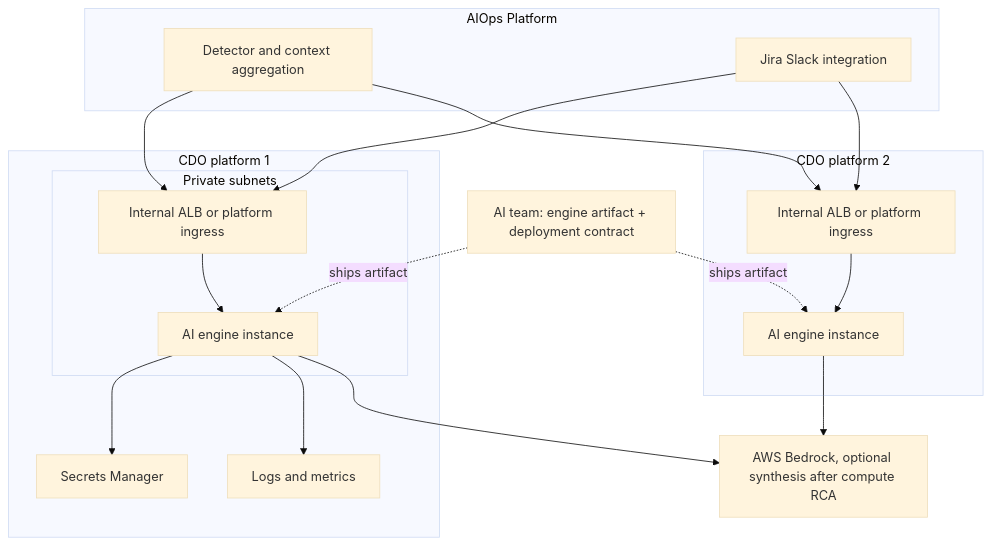
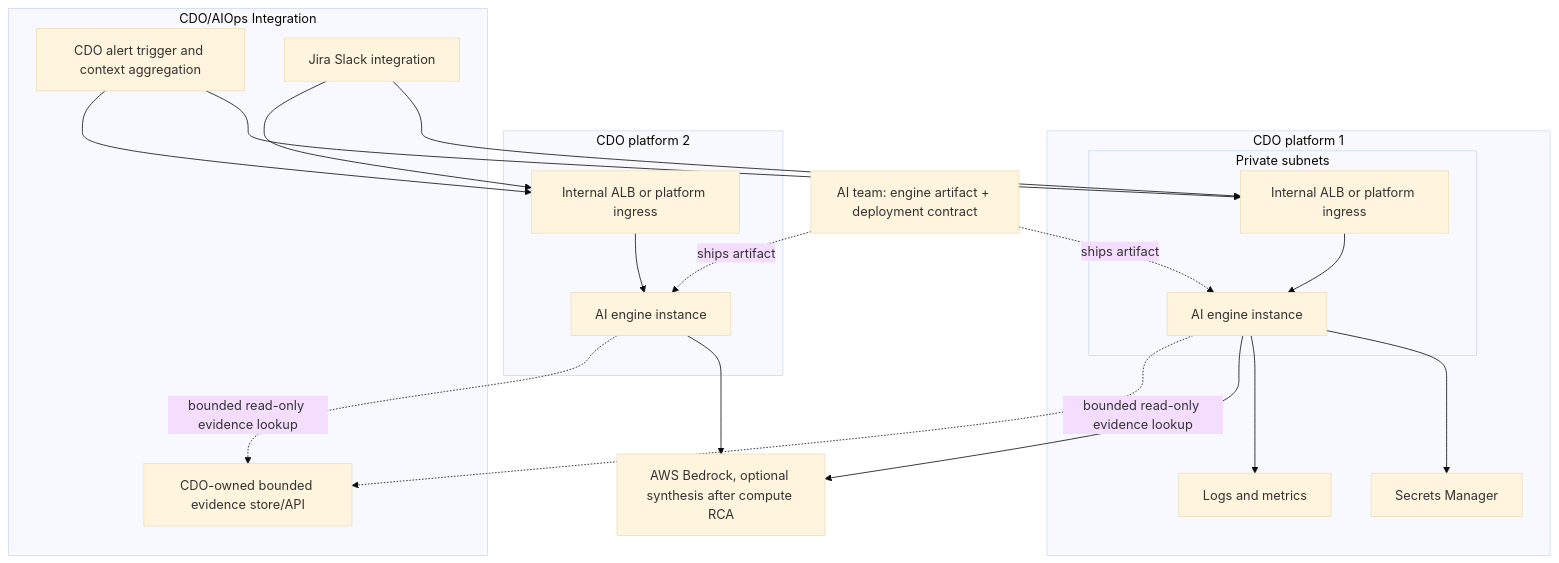
The diagram in capstone/tf-1/ai/contracts/deployment-contract.md (c0mmie-b0msh3ll/xBrain-capstone2), drawn with Mermaid (base theme) before and after one commit. The commit also changed other lines of this file and 31 other files, not shown here.

````diff
--- a/capstone/tf-1/ai/contracts/deployment-contract.md
+++ b/capstone/tf-1/ai/contracts/deployment-contract.md
@@ -87,37 +94,40 @@
 ```mermaid
 graph TB
     AI[AI team: engine artifact + deployment contract]
 
     subgraph "CDO platform 1"
         subgraph "Private subnets"
             ALB1[Internal ALB or platform ingress]
             ECS1[AI engine instance]
             ALB1 --> ECS1
         end
         SM1[Secrets Manager]
         CW1[Logs and metrics]
         ECS1 --> SM1
         ECS1 --> CW1
     end
 
     subgraph "CDO platform 2"
         ALB2[Internal ALB or platform ingress]
         ECS2[AI engine instance]
         ALB2 --> ECS2
     end
 
     Bedrock[AWS Bedrock, optional synthesis after compute RCA]
     AI -. ships artifact .-> ECS1
     AI -. ships artifact .-> ECS2
     ECS1 --> Bedrock
     ECS2 --> Bedrock
 
-    subgraph "AIOps Platform"
-        DET[Detector and context aggregation]
+    subgraph "CDO/AIOps Integration"
+        DET[CDO alert trigger and context aggregation]
         INT[Jira Slack integration]
+        EVD[CDO-owned bounded evidence store/API]
     end
     DET --> ALB1
     DET --> ALB2
+    ECS1 -. bounded read-only evidence lookup .-> EVD
+    ECS2 -. bounded read-only evidence lookup .-> EVD
     INT --> ALB1
     INT --> ALB2
 ```
````
